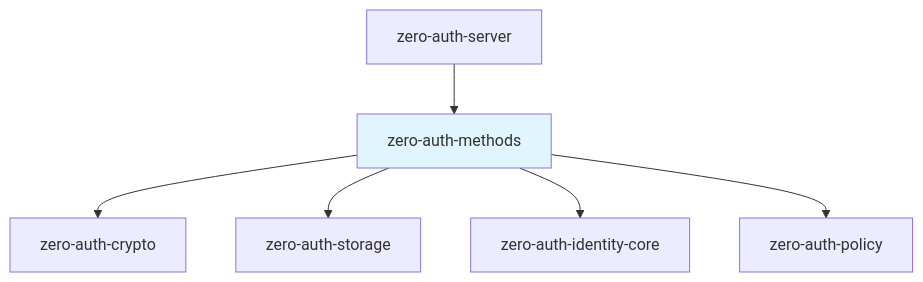
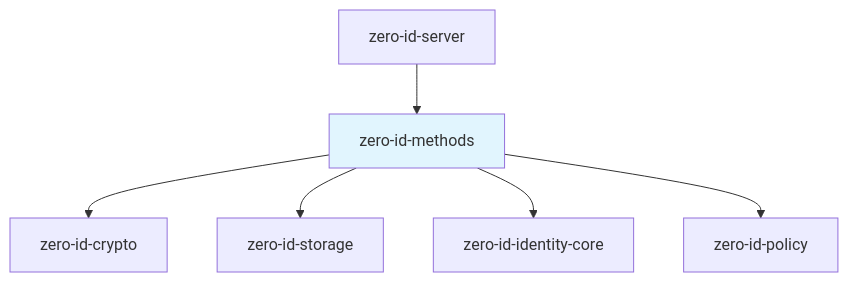
One commit to cypher-asi/zero-auth changed the first of 10 diagrams in docs/spec/v0.1/07-methods.md. Above: the diagram before and after it, drawn with Mermaid. The commit also changed other lines of this file and 235 other files, not shown here.

Commit message:
refactor: rename zero-auth to zero-id across codebase

````diff
--- a/docs/spec/v0.1/07-methods.md
+++ b/docs/spec/v0.1/07-methods.md
@@ -28,17 +28,17 @@
 ```mermaid
 graph TD
-    CRYPTO[zero-auth-crypto]
-    STORAGE[zero-auth-storage]
-    IDENTITY[zero-auth-identity-core]
-    POLICY[zero-auth-policy]
-    METHODS[zero-auth-methods]
+    CRYPTO[zero-id-crypto]
+    STORAGE[zero-id-storage]
+    IDENTITY[zero-id-identity-core]
+    POLICY[zero-id-policy]
+    METHODS[zero-id-methods]
     
     METHODS --> CRYPTO
     METHODS --> STORAGE
     METHODS --> IDENTITY
     METHODS --> POLICY
     
-    SERVER[zero-auth-server] --> METHODS
+    SERVER[zero-id-server] --> METHODS
     
     style METHODS fill:#e1f5fe
 ```
````
